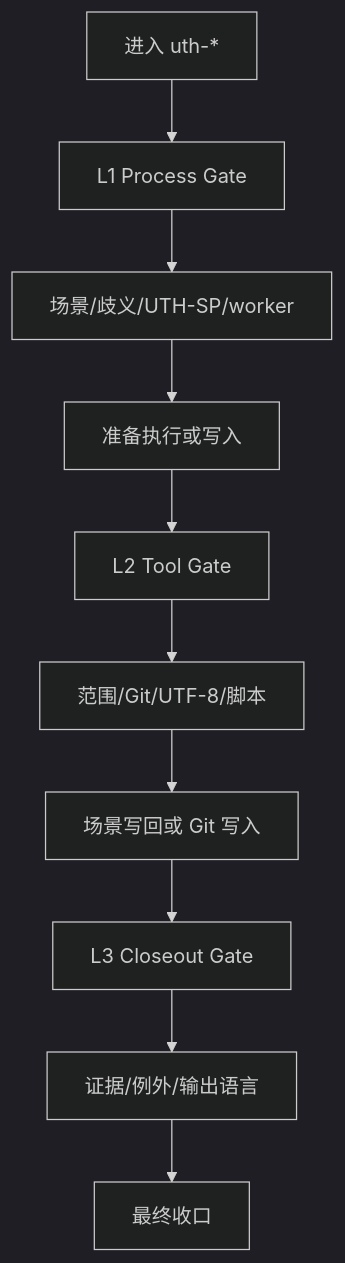
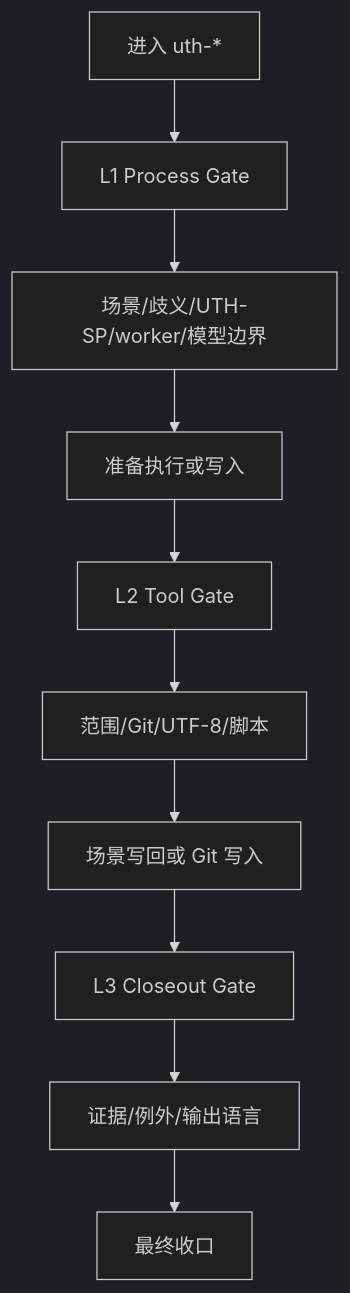
The seventh of 7 diagrams in docs/FLOW_全链路流程图.md (undertaker33/uth-governance), drawn with Mermaid (dark theme) before and after one commit. The commit also changed 14 other files, not shown here.

````diff
--- a/docs/FLOW_全链路流程图.md
+++ b/docs/FLOW_全链路流程图.md
@@ -132,12 +132,12 @@
 ```mermaid
 flowchart TD
     A["进入 uth-*"] --> B["L1 Process Gate"]
-    B --> C["场景/歧义/UTH-SP/worker"]
+    B --> C["场景/歧义/UTH-SP/worker/模型边界"]
     C --> D["准备执行或写入"]
     D --> E["L2 Tool Gate"]
     E --> F["范围/Git/UTF-8/脚本"]
     F --> G["场景写回或 Git 写入"]
     G --> H["L3 Closeout Gate"]
     H --> I["证据/例外/输出语言"]
     I --> J["最终收口"]
 ```
````
